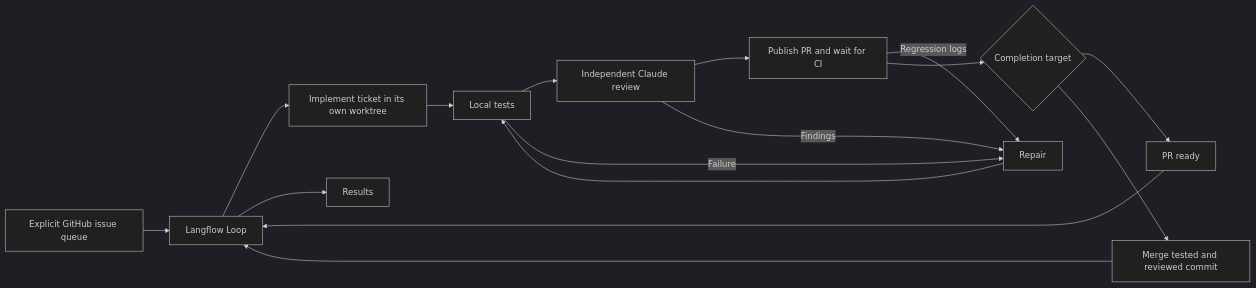
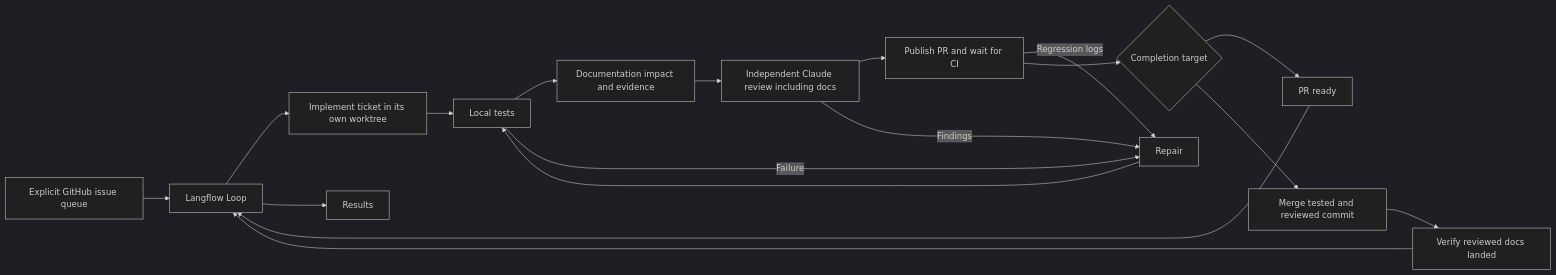
One commit to florinel-chis/GopherCRM changed the diagram in automation/langflow/README.md. Above: the diagram before and after it, drawn with Mermaid (dark theme). The commit also changed other lines of this file and 32 other files, not shown here.

First line of the commit message:
feat(workflow): maintain documentation through reviewed PR completion (#139)

````diff
--- a/automation/langflow/README.md
+++ b/automation/langflow/README.md
@@ -5,18 +5,20 @@
 ```mermaid
 flowchart LR
   Queue[Explicit GitHub issue queue] --> Loop[Langflow Loop]
   Loop --> Ticket[Implement ticket in its own worktree]
   Ticket --> Tests[Local tests]
-  Tests --> Review[Independent Claude review]
+  Tests --> Docs[Documentation impact and evidence]
+  Docs --> Review[Independent Claude review including docs]
   Review --> CI[Publish PR and wait for CI]
   Review -->|Findings| Repair[Repair]
   Tests -->|Failure| Repair
   CI -->|Regression logs| Repair
   Repair --> Tests
   CI --> Target{Completion target}
   Target --> PR[PR ready]
   Target --> Merge[Merge tested and reviewed commit]
   PR --> Loop
-  Merge --> Loop
+  Merge --> DocMerge[Verify reviewed docs landed]
+  DocMerge --> Loop
   Loop --> Results[Results]
 ```
````
